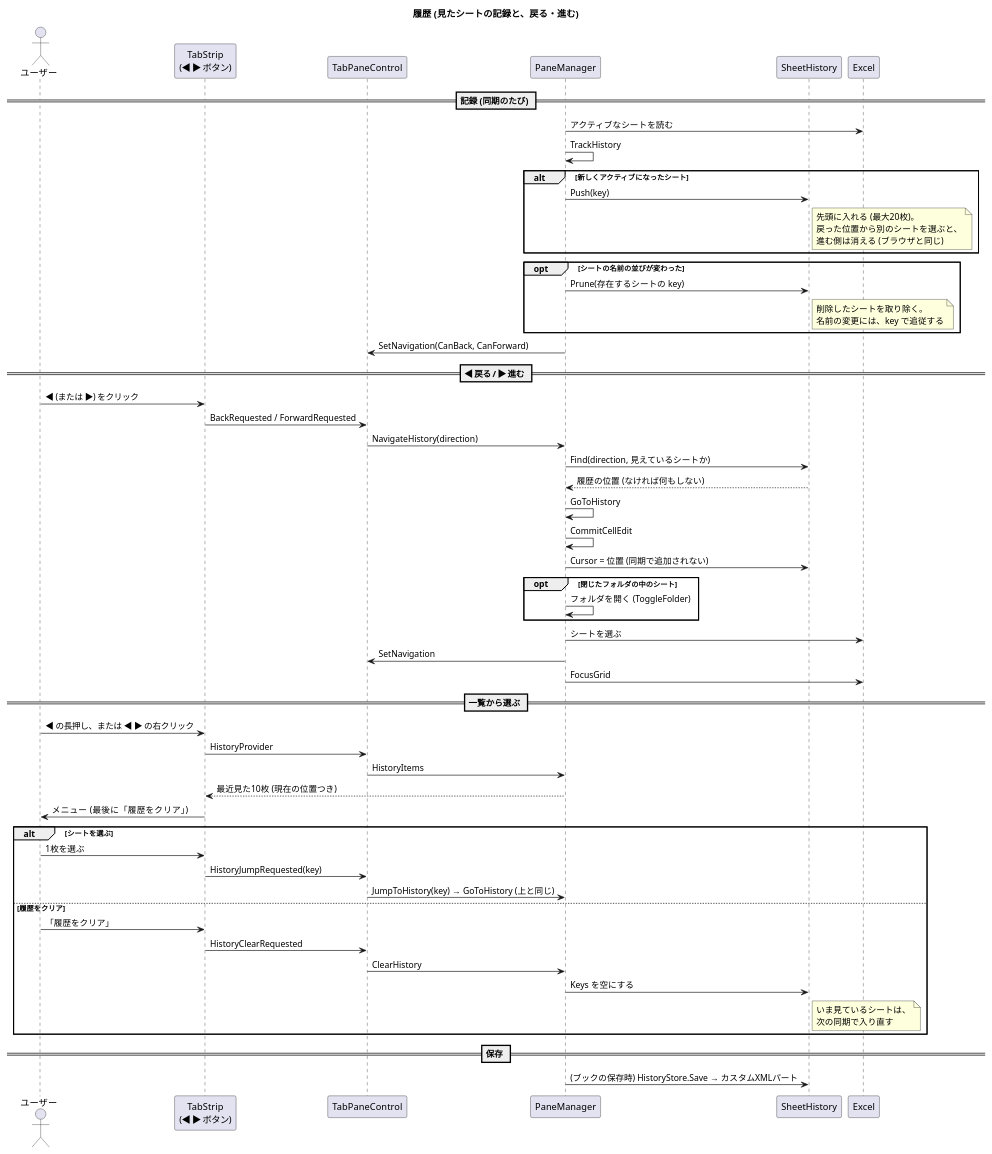
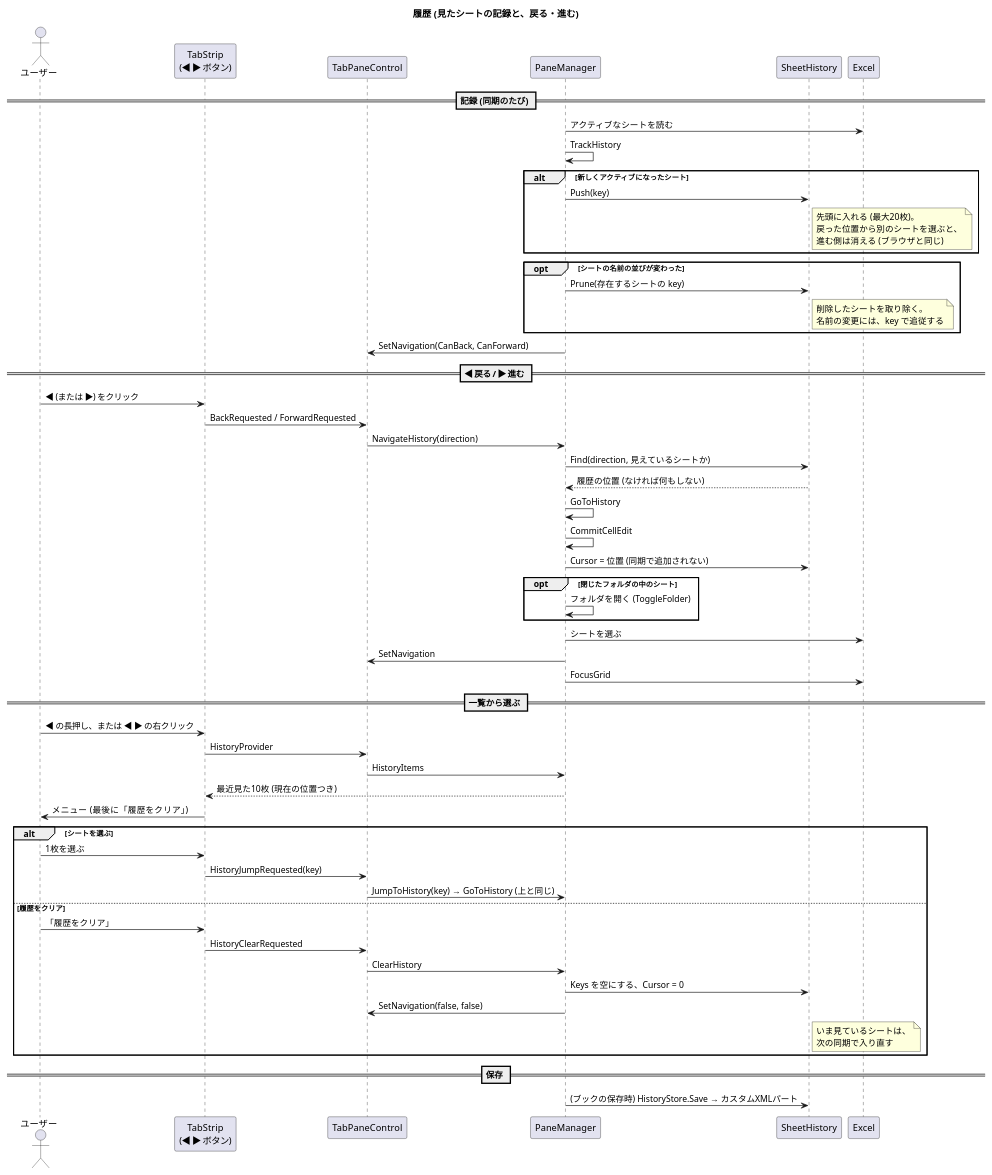
The diagram in docs/sequence-history.puml (nk-taka623/VerticalSheetTabs), drawn with PlantUML before and after one commit. The commit also changed 49 other files, not shown here.

First line of the commit message:
設計図と説明を、実装に合わせて見直す

```diff
--- a/docs/sequence-history.puml
+++ b/docs/sequence-history.puml
@@ -1,62 +1,63 @@
 @startuml
 title 履歴 (見たシートの記録と、戻る・進む)
 skinparam shadowing false
 skinparam sequenceMessageAlign left
 
 actor "ユーザー" as U
 participant "TabStrip\n(◀ ▶ ボタン)" as S
 participant "TabPaneControl" as C
 participant "PaneManager" as P
 participant "SheetHistory" as H
 participant "Excel" as XL
 
 == 記録 (同期のたび) ==
 P -> XL : アクティブなシートを読む
 P -> P : TrackHistory
 alt 新しくアクティブになったシート
   P -> H : Push(key)
   note right of H : 先頭に入れる (最大20枚)。\n戻った位置から別のシートを選ぶと、\n進む側は消える (ブラウザと同じ)
 end
 opt シートの名前の並びが変わった
   P -> H : Prune(存在するシートの key)
   note right of H : 削除したシートを取り除く。\n名前の変更には、key で追従する
 end
 P -> C : SetNavigation(CanBack, CanForward)
 
 == ◀ 戻る / ▶ 進む ==
 U -> S : ◀ (または ▶) をクリック
 S -> C : BackRequested / ForwardRequested
 C -> P : NavigateHistory(direction)
 P -> H : Find(direction, 見えているシートか)
 H --> P : 履歴の位置 (なければ何もしない)
 P -> P : GoToHistory
 P -> P : CommitCellEdit
 P -> H : Cursor = 位置 (同期で追加されない)
 opt 閉じたフォルダの中のシート
   P -> P : フォルダを開く (ToggleFolder)
 end
 P -> XL : シートを選ぶ
 P -> C : SetNavigation
 P -> XL : FocusGrid
 
 == 一覧から選ぶ ==
 U -> S : ◀ の長押し、または ◀ ▶ の右クリック
 S -> C : HistoryProvider
 C -> P : HistoryItems
 P --> S : 最近見た10枚 (現在の位置つき)
 S -> U : メニュー (最後に「履歴をクリア」)
 alt シートを選ぶ
   U -> S : 1枚を選ぶ
   S -> C : HistoryJumpRequested(key)
   C -> P : JumpToHistory(key) → GoToHistory (上と同じ)
 else 履歴をクリア
   U -> S : 「履歴をクリア」
   S -> C : HistoryClearRequested
   C -> P : ClearHistory
-  P -> H : Keys を空にする
+  P -> H : Keys を空にする、Cursor = 0
+  P -> C : SetNavigation(false, false)
   note right of H : いま見ているシートは、\n次の同期で入り直す
 end
 
 == 保存 ==
 P -> H : (ブックの保存時) HistoryStore.Save → カスタムXMLパート
 @enduml
```
